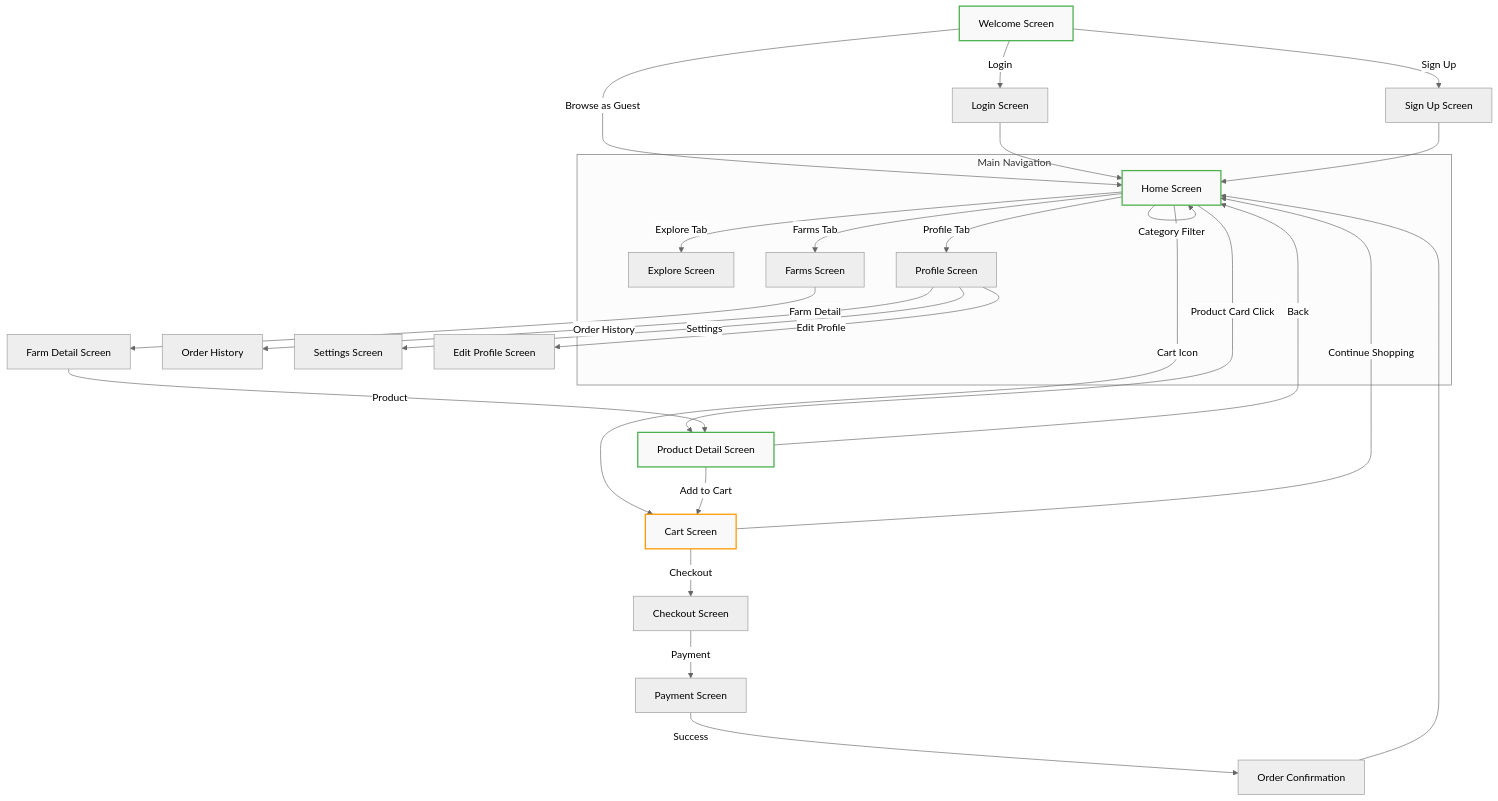
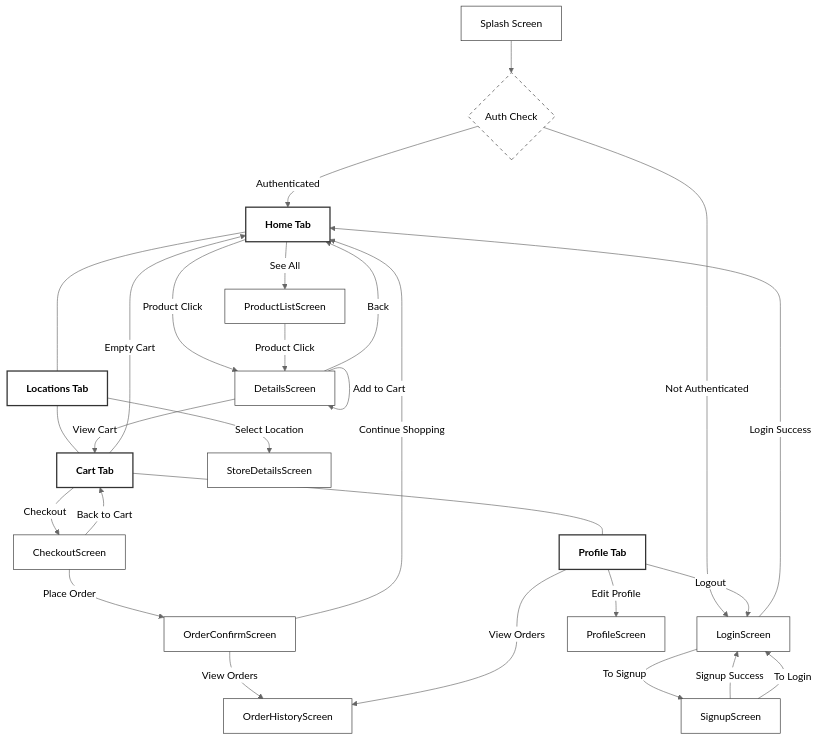
Before and after one commit to HongYue1/Mobile-Computing-Project: the diagram in README.md, drawn with Mermaid (neutral theme). The commit also changed other lines of this file, not shown here.

````diff
--- a/README.md
+++ b/README.md
@@ -23,47 +28,57 @@
 ```mermaid
 flowchart TD
-    Welcome[Welcome Screen] --> |Login| Login[Login Screen]
-    Welcome --> |Sign Up| SignUp[Sign Up Screen]
-    Welcome --> |Browse as Guest| Home[Home Screen]
+    %% Simple print-friendly flowchart with essential paths only
+    %% Use minimal colors and simpler connections
+
+    %% --- Authentication Flow ---
+    A[Splash Screen] --> B{Auth Check}
+    B -- "Authenticated" --> HT
+    B -- "Not Authenticated" --> LoginScreen
     
-    Login --> Home
-    SignUp --> Home
+    LoginScreen -- "Login Success" --> HT
+    LoginScreen -- "To Signup" --> SignupScreen
+    SignupScreen -- "Signup Success" --> LoginScreen
+    SignupScreen -- "To Login" --> LoginScreen
     
-    Home --> |Product Card Click| ProductDetail[Product Detail Screen]
-    Home --> |Search| Home
-    Home --> |Category Filter| Home
-    Home --> |Cart Icon| Cart[Cart Screen]
-    Home --> |Explore Tab| Explore[Explore Screen]
-    Home --> |Farms Tab| Farms[Farms Screen]
-    Home --> |Profile Tab| Profile[Profile Screen]
+    %% --- Main Navigation Structure ---
+    HT[Home Tab] --- LT[Locations Tab]
+    LT --- CT[Cart Tab]
+    CT --- PT[Profile Tab]
     
-    ProductDetail --> |Add to Cart| Cart
-    ProductDetail --> |Back| Home
+    %% --- Home Tab Core Interactions ---
+    HT -- "Product Click" --> DetailsScreen
+    HT -- "See All" --> ProductListScreen
+    ProductListScreen -- "Product Click" --> DetailsScreen
     
-    Cart --> |Checkout| Checkout[Checkout Screen]
-    Cart --> |Continue Shopping| Home
+    %% --- Details Screen Core Interactions ---
+    DetailsScreen -- "Add to Cart" --> DetailsScreen
+    DetailsScreen -- "Back" --> HT
+    DetailsScreen -- "View Cart" --> CT
     
-    Checkout --> |Payment| Payment[Payment Screen]
-    Payment --> |Success| OrderConfirmation[Order Confirmation]
+    %% --- Cart Tab Core Interactions ---
+    CT -- "Empty Cart" --> HT
+    CT -- "Checkout" --> CheckoutScreen
     
-    OrderConfirmation --> Home
+    %% --- Checkout Flow Core ---
+    CheckoutScreen -- "Place Order" --> OrderConfirmScreen
+    CheckoutScreen -- "Back to Cart" --> CT
     
-    Profile --> |Order History| OrderHistory[Order History]
-    Profile --> |Settings| Settings[Settings Screen]
-    Profile --> |Edit Profile| EditProfile[Edit Profile Screen]
+    OrderConfirmScreen -- "Continue Shopping" --> HT
+    OrderConfirmScreen -- "View Orders" --> OrderHistoryScreen
     
-    Farms --> |Farm Detail| FarmDetail[Farm Detail Screen]
-    FarmDetail --> |Product| ProductDetail
+    %% --- Profile Tab Core Interactions ---
+    PT -- "View Orders" --> OrderHistoryScreen
+    PT -- "Edit Profile" --> ProfileScreen
+    PT -- "Logout" --> LoginScreen
     
-    subgraph "Main Navigation"
-        Home
-        Explore
-        Farms
-        Profile
-    end
+    %% --- Location Tab Core ---
+    LT -- "Select Location" --> StoreDetailsScreen
     
-    style Welcome fill:#f9f9f9,stroke:#4CAF50,stroke-width:2px
-    style Home fill:#f9f9f9,stroke:#4CAF50,stroke-width:2px
-    style ProductDetail fill:#f9f9f9,stroke:#4CAF50,stroke-width:2px
-    style Cart fill:#f9f9f9,stroke:#FF9800,stroke-width:2px
+    %% Minimal styling focused on clarity for print
+    classDef default fill:white,stroke:#333,stroke-width:1px;
+    classDef tab fill:white,stroke:#333,stroke-width:2px,font-weight:bold;
+    classDef decision fill:white,stroke:#333,stroke-width:1px,stroke-dasharray: 5 5;
+    
+    class HT,LT,CT,PT tab;
+    class B decision;
 ```
````
